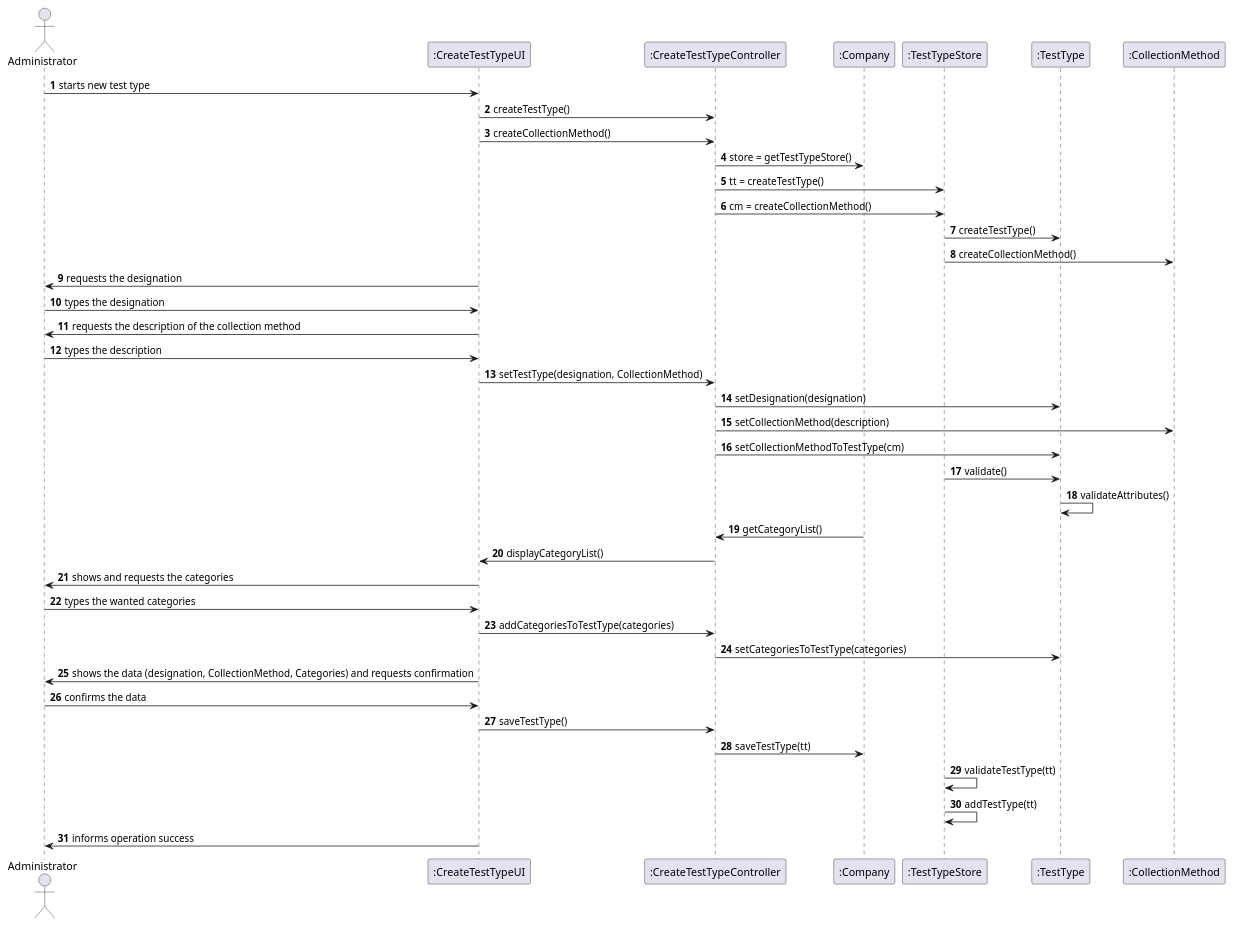
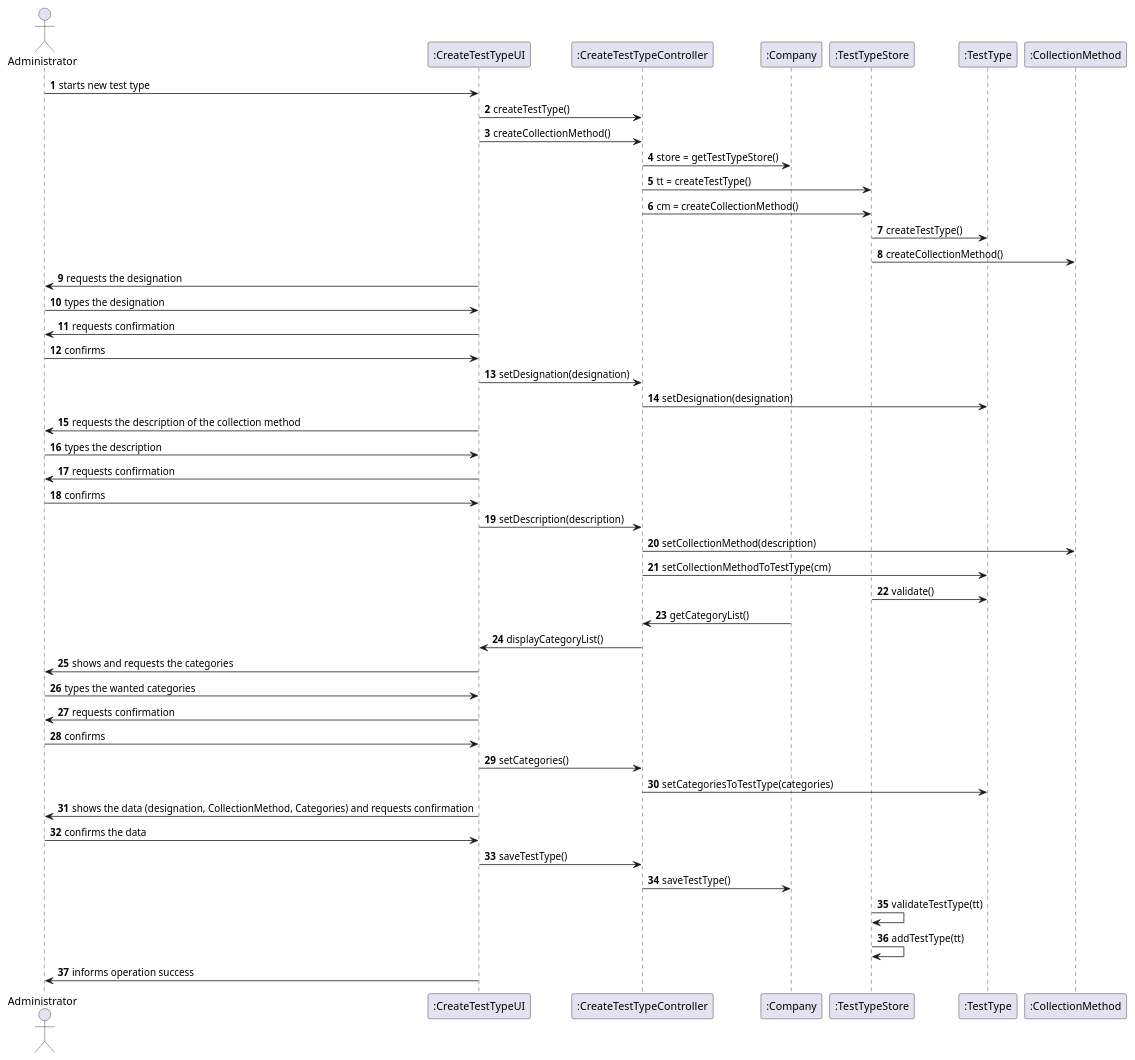
The diagram in docs/SprintB/US9/US9_SD.puml (MadDinosaur/ISEP-LAPR2), drawn with PlantUML before and after one commit. The commit also changed 13 other files, not shown here.

```diff
--- a/docs/SprintB/US9/US9_SD.puml
+++ b/docs/SprintB/US9/US9_SD.puml
@@ -1,49 +1,58 @@
 @startuml
 
 
 autonumber
 
 actor Administrator
 
 Administrator -> ":CreateTestTypeUI": starts new test type
 ":CreateTestTypeUI" -> ":CreateTestTypeController": createTestType()
 ":CreateTestTypeUI" -> ":CreateTestTypeController": createCollectionMethod()
 ":CreateTestTypeController" -> ":Company": store = getTestTypeStore()
 ":CreateTestTypeController" -> ":TestTypeStore": tt = createTestType()
 ":CreateTestTypeController" -> ":TestTypeStore": cm = createCollectionMethod()
 ":TestTypeStore" -> ":TestType": createTestType()
 ":TestTypeStore" -> ":CollectionMethod": createCollectionMethod()
 
 ":CreateTestTypeUI" -> Administrator: requests the designation
 Administrator -> ":CreateTestTypeUI": types the designation
+":CreateTestTypeUI" -> Administrator: requests confirmation
+Administrator -> ":CreateTestTypeUI": confirms
+
+":CreateTestTypeUI" -> ":CreateTestTypeController": setDesignation(designation)
+":CreateTestTypeController" -> ":TestType": setDesignation(designation)
+
 ":CreateTestTypeUI" -> Administrator: requests the description of the collection method
 Administrator -> ":CreateTestTypeUI": types the description
+":CreateTestTypeUI" -> Administrator: requests confirmation
+Administrator -> ":CreateTestTypeUI": confirms
 
-":CreateTestTypeUI" -> ":CreateTestTypeController": setTestType(designation, CollectionMethod)
-":CreateTestTypeController" -> ":TestType": setDesignation(designation)
+":CreateTestTypeUI" -> ":CreateTestTypeController": setDescription(description)
+
 ":CreateTestTypeController" -> ":CollectionMethod": setCollectionMethod(description)
 ":CreateTestTypeController" -> ":TestType": setCollectionMethodToTestType(cm)
 
 ":TestTypeStore" -> ":TestType": validate()
-":TestType" -> ":TestType": validateAttributes()
 
 ":Company" -> ":CreateTestTypeController": getCategoryList()
 ":CreateTestTypeController" -> ":CreateTestTypeUI": displayCategoryList()
 
 ":CreateTestTypeUI" -> Administrator: shows and requests the categories
 Administrator -> ":CreateTestTypeUI": types the wanted categories
+":CreateTestTypeUI" -> Administrator: requests confirmation
+Administrator -> ":CreateTestTypeUI": confirms
 
-":CreateTestTypeUI" -> ":CreateTestTypeController": addCategoriesToTestType(categories)
+":CreateTestTypeUI" -> ":CreateTestTypeController": setCategories()
 ":CreateTestTypeController" -> ":TestType": setCategoriesToTestType(categories)
 ":CreateTestTypeUI" -> Administrator: shows the data (designation, CollectionMethod, Categories) and requests confirmation
 Administrator -> ":CreateTestTypeUI": confirms the data
 ":CreateTestTypeUI" -> ":CreateTestTypeController": saveTestType()
-":CreateTestTypeController" -> ":Company": saveTestType(tt)
+":CreateTestTypeController" -> ":Company": saveTestType()
 ":TestTypeStore" -> ":TestTypeStore": validateTestType(tt)
 ":TestTypeStore" -> ":TestTypeStore": addTestType(tt)
 
 ":CreateTestTypeUI" -> Administrator: informs operation success
 
 
 
 @enduml
```
